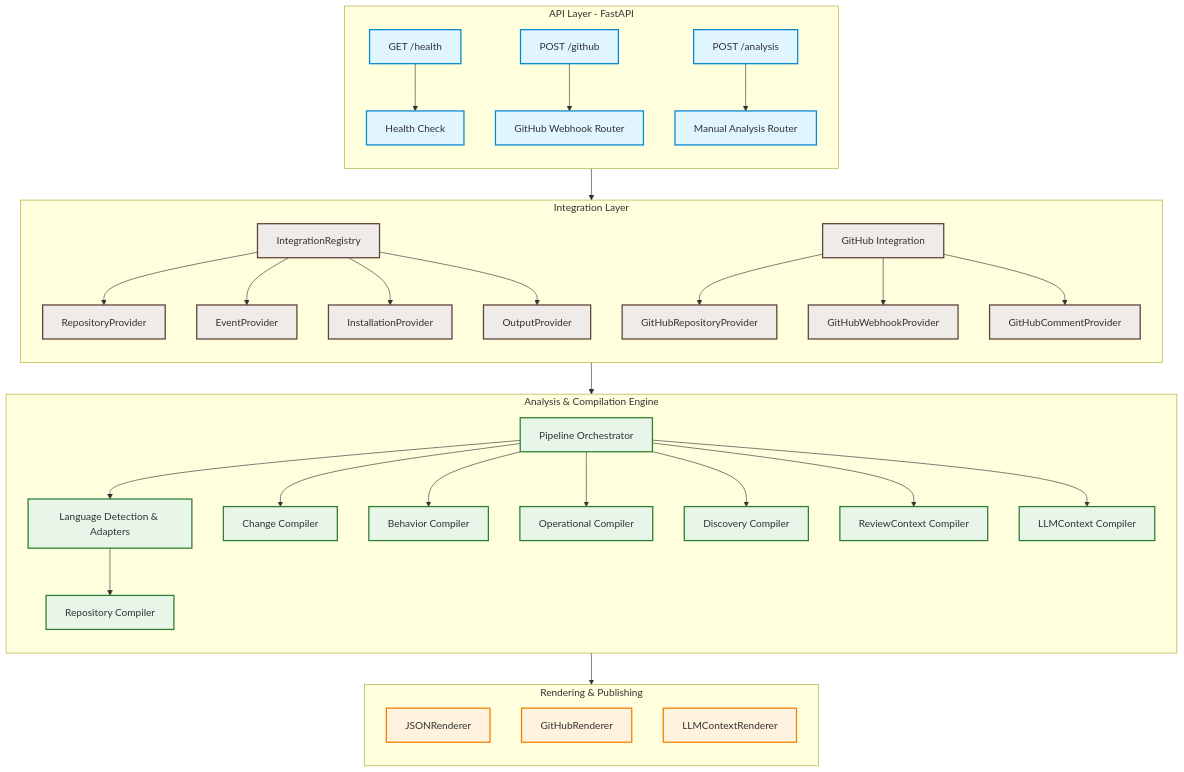
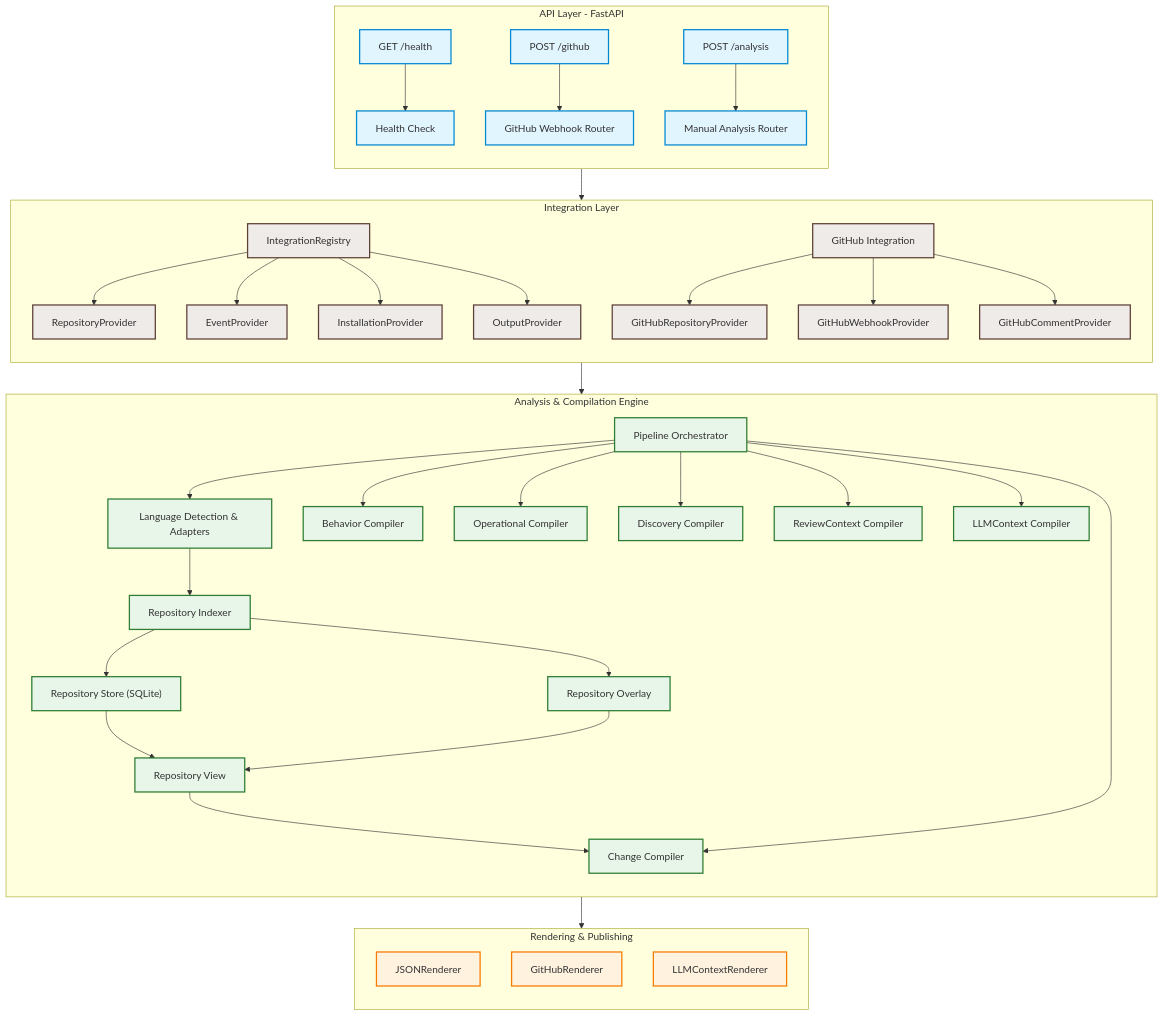
One commit to jishnusamal/cystatic-core changed the first of 2 diagrams in architecture.md. Above: the diagram before and after it, drawn with Mermaid. The commit also changed other lines of this file and 28 other files, not shown here.

````diff
--- a/architecture.md
+++ b/architecture.md
@@ -9,62 +9,70 @@
 ```mermaid
 flowchart TB
     %% Styling Classes
     classDef apiStyle fill:#e1f5fe,stroke:#0288d1,stroke-width:2px;
     classDef integrationStyle fill:#efebe9,stroke:#5d4037,stroke-width:2px;
     classDef engineStyle fill:#e8f5e9,stroke:#2e7d32,stroke-width:2px;
     classDef outputStyle fill:#fff3e0,stroke:#f57c00,stroke-width:2px;
 
     subgraph API [API Layer - FastAPI]
         direction TB
         A1["GET /health"] --> A2["Health Check"]
         A3["POST /github"] --> A4["GitHub Webhook Router"]
         A5["POST /analysis"] --> A6["Manual Analysis Router"]
     end
     class API,A1,A2,A3,A4,A5,A6 apiStyle;
 
     subgraph Integration [Integration Layer]
         direction TB
         IR["IntegrationRegistry"] --> RP["RepositoryProvider"]
         IR --> EP["EventProvider"]
         IR --> IP["InstallationProvider"]
         IR --> OP["OutputProvider"]
         GI["GitHub Integration"] --> GRP["GitHubRepositoryProvider"]
         GI --> GWP["GitHubWebhookProvider"]
         GI --> GCP["GitHubCommentProvider"]
     end
     class Integration,IR,RP,EP,IP,OP,GI,GRP,GWP,GCP integrationStyle;
 
     subgraph Engine [Analysis & Compilation Engine]
         direction TB
         PL["Pipeline Orchestrator"]
         LA["Language Detection & Adapters"]
-        RC["Repository Compiler"]
+        RI["Repository Indexer"]
+        RS["Repository Store (SQLite)"]
+        RO["Repository Overlay"]
+        RV["Repository View"]
         CC["Change Compiler"]
         BC["Behavior Compiler"]
         OC["Operational Compiler"]
         DC["Discovery Compiler"]
         RVC["ReviewContext Compiler"]
         LLMC["LLMContext Compiler"]
         
-        PL --> LA --> RC
+        PL --> LA --> RI
+        RI --> RS
+        RI --> RO
+        RS --> RV
+        RO --> RV
+        RV --> CC
         PL --> CC
         PL --> BC
         PL --> OC
         PL --> DC
         PL --> RVC
         PL --> LLMC
     end
-    class Engine,PL,LA,RC,CC,BC,OC,DC,RVC,LLMC engineStyle;
+    class Engine,PL,LA,RI,RS,RO,RV,CC,BC,OC,DC,RVC,LLMC engineStyle;
 
     subgraph Output [Rendering & Publishing]
         direction TB
         JR["JSONRenderer"]
         GR["GitHubRenderer"]
         LR["LLMContextRenderer"]
     end
     class Output,JR,GR,LR outputStyle;
 
     API --> Integration
     Integration --> Engine
     Engine --> Output
 ```
````
